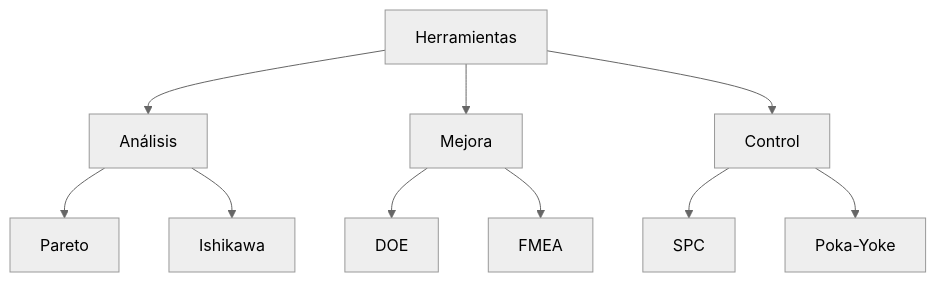
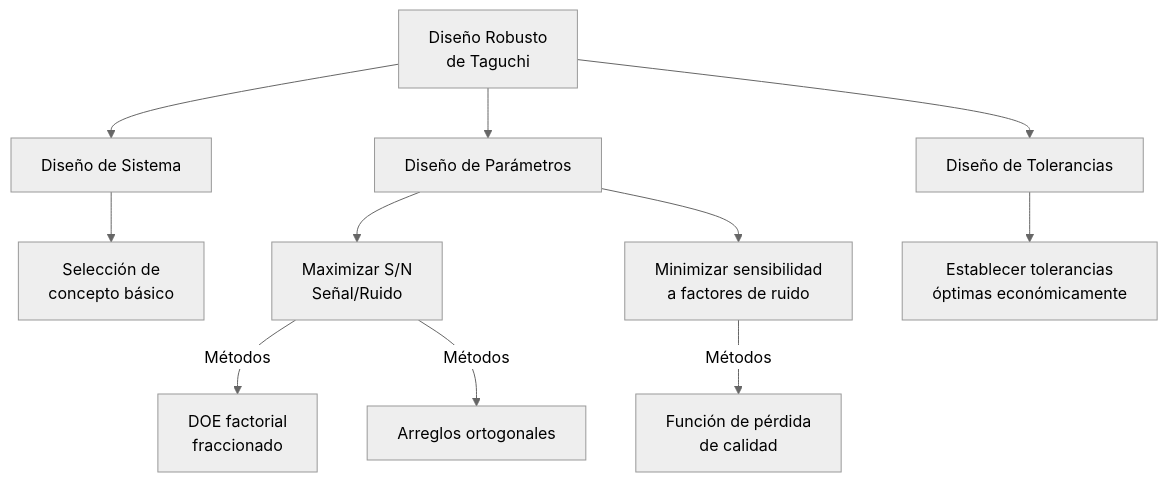
Before and after one commit to FCamaggi/gop-wiki: the second of 3 diagrams in public/content/clases/10-resumen-variabilidad-2025.05.15.md, drawn with Mermaid (neutral theme). The commit also changed other lines of this file and 36 other files, not shown here.

````diff
--- a/public/content/clases/10-resumen-variabilidad-2025.05.15.md
+++ b/public/content/clases/10-resumen-variabilidad-2025.05.15.md
@@ -34,12 +37,15 @@
 ```mermaid
 graph TD
-    A[Herramientas] --> B[Análisis]
-    A --> C[Mejora]
-    A --> D[Control]
-    B --> E[Pareto]
-    B --> F[Ishikawa]
-    C --> G[DOE]
-    C --> H[FMEA]
-    D --> I[SPC]
-    D --> J[Poka-Yoke]
+    A[Diseño Robusto<br>de Taguchi] --> B[Diseño de Sistema]
+    A --> C[Diseño de Parámetros]
+    A --> D[Diseño de Tolerancias]
+
+    B --> B1[Selección de<br>concepto básico]
+    C --> C1[Maximizar S/N<br>Señal/Ruido]
+    C --> C2[Minimizar sensibilidad<br>a factores de ruido]
+    D --> D1[Establecer tolerancias<br>óptimas económicamente]
+
+    C1 -->|Métodos| E[DOE factorial<br>fraccionado]
+    C1 -->|Métodos| F[Arreglos ortogonales]
+    C2 -->|Métodos| G[Función de pérdida<br>de calidad]
 ```
````
